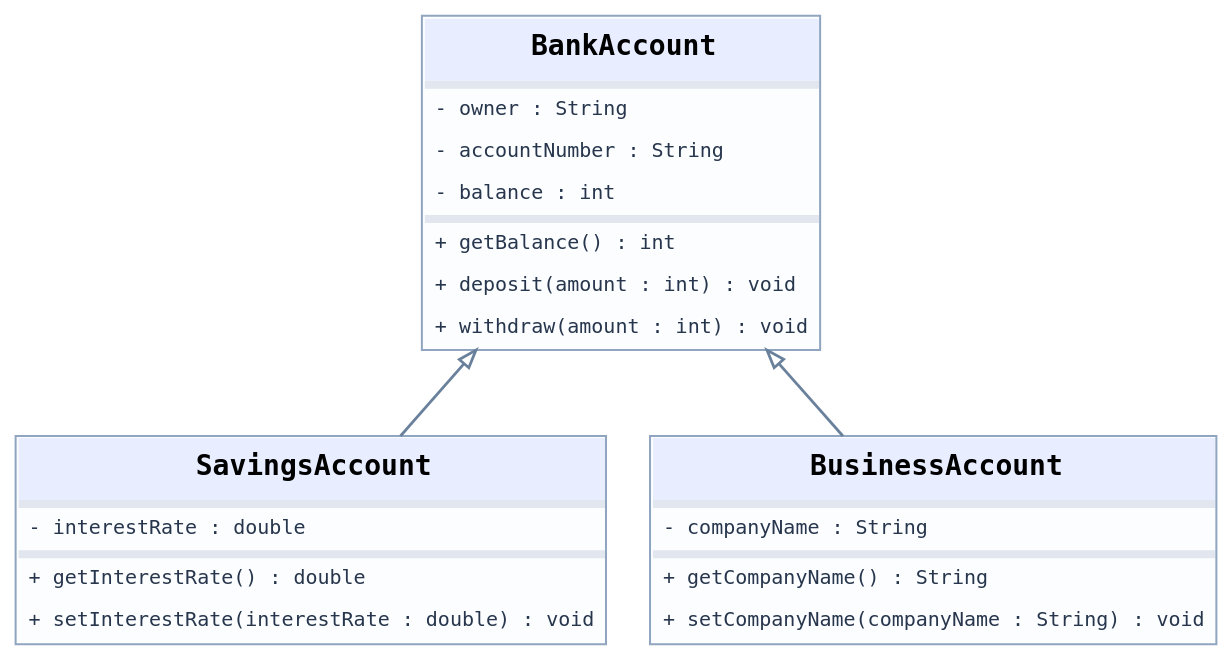
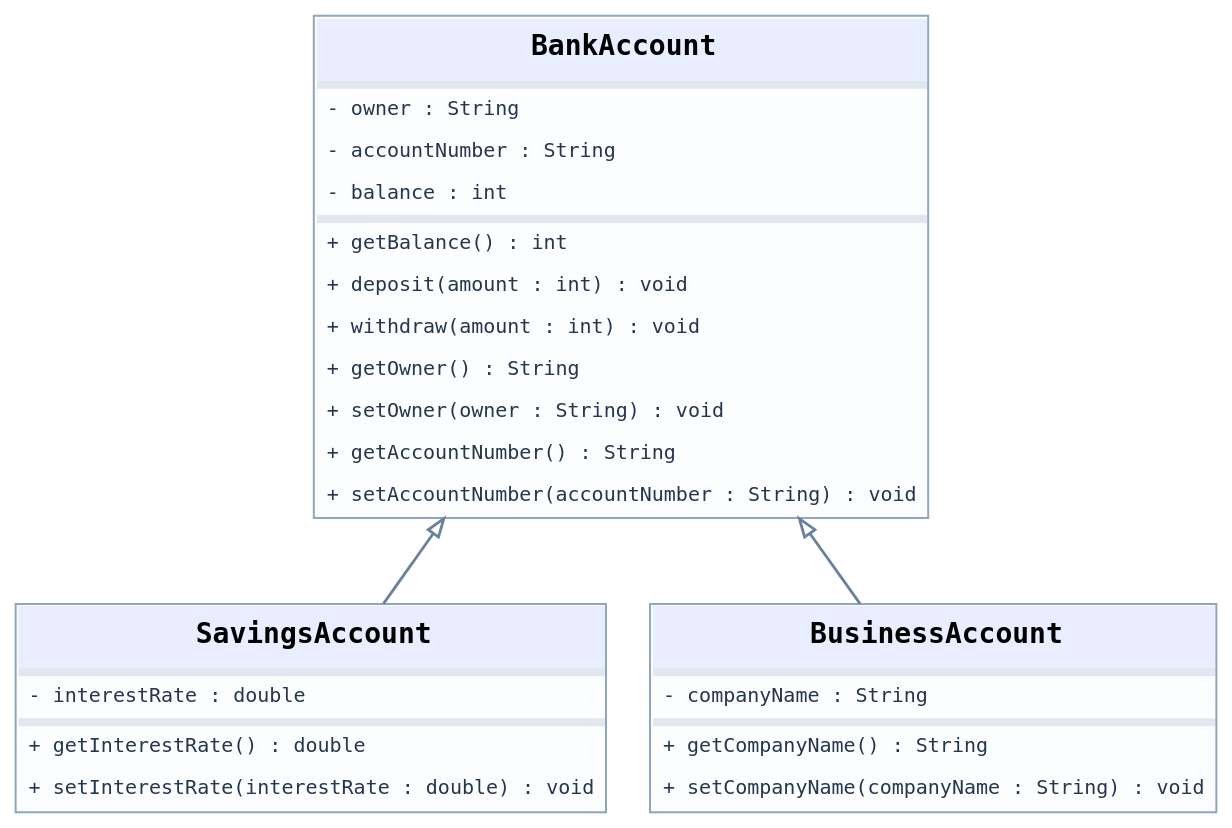
The diagram in content/chapters/06-oroklodes/media/complete-task-4-hu.dot (edetroll/java-oop), drawn with Graphviz before and after one commit. The commit also changed 26 other files, not shown here.

```diff
--- a/content/chapters/06-oroklodes/media/complete-task-4-hu.dot
+++ b/content/chapters/06-oroklodes/media/complete-task-4-hu.dot
@@ -1,10 +1,10 @@
 digraph UML {
 graph [rankdir=BT,bgcolor="transparent",pad="0.15",nodesep="0.3",ranksep="0.6",splines=polyline];
 node [shape=plain];
 edge [color="#6a819c",penwidth=1.4,arrowsize=0.9];
-"BankAccount" [label=<<TABLE BORDER="1" CELLBORDER="0" CELLSPACING="0" COLOR="#90a5c0" BGCOLOR="#fbfdff"><TR><TD BGCOLOR="#e8eeff" CELLPADDING="8"><FONT FACE="DejaVu Sans Mono" POINT-SIZE="14"><B>BankAccount</B></FONT></TD></TR><TR><TD BGCOLOR="#e1e6ef" HEIGHT="2"></TD></TR><TR><TD ALIGN="LEFT" CELLPADDING="5"><FONT FACE="DejaVu Sans Mono" POINT-SIZE="10" COLOR="#27364c">- owner : String</FONT></TD></TR><TR><TD ALIGN="LEFT" CELLPADDING="5"><FONT FACE="DejaVu Sans Mono" POINT-SIZE="10" COLOR="#27364c">- accountNumber : String</FONT></TD></TR><TR><TD ALIGN="LEFT" CELLPADDING="5"><FONT FACE="DejaVu Sans Mono" POINT-SIZE="10" COLOR="#27364c">- balance : int</FONT></TD></TR><TR><TD BGCOLOR="#e1e6ef" HEIGHT="2"></TD></TR><TR><TD ALIGN="LEFT" CELLPADDING="5"><FONT FACE="DejaVu Sans Mono" POINT-SIZE="10" COLOR="#27364c">+ getBalance() : int</FONT></TD></TR><TR><TD ALIGN="LEFT" CELLPADDING="5"><FONT FACE="DejaVu Sans Mono" POINT-SIZE="10" COLOR="#27364c">+ deposit(amount : int) : void</FONT></TD></TR><TR><TD ALIGN="LEFT" CELLPADDING="5"><FONT FACE="DejaVu Sans Mono" POINT-SIZE="10" COLOR="#27364c">+ withdraw(amount : int) : void</FONT></TD></TR></TABLE>>];
+"BankAccount" [label=<<TABLE BORDER="1" CELLBORDER="0" CELLSPACING="0" COLOR="#90a5c0" BGCOLOR="#fbfdff"><TR><TD BGCOLOR="#e8eeff" CELLPADDING="8"><FONT FACE="DejaVu Sans Mono" POINT-SIZE="14"><B>BankAccount</B></FONT></TD></TR><TR><TD BGCOLOR="#e1e6ef" HEIGHT="2"></TD></TR><TR><TD ALIGN="LEFT" CELLPADDING="5"><FONT FACE="DejaVu Sans Mono" POINT-SIZE="10" COLOR="#27364c">- owner : String</FONT></TD></TR><TR><TD ALIGN="LEFT" CELLPADDING="5"><FONT FACE="DejaVu Sans Mono" POINT-SIZE="10" COLOR="#27364c">- accountNumber : String</FONT></TD></TR><TR><TD ALIGN="LEFT" CELLPADDING="5"><FONT FACE="DejaVu Sans Mono" POINT-SIZE="10" COLOR="#27364c">- balance : int</FONT></TD></TR><TR><TD BGCOLOR="#e1e6ef" HEIGHT="2"></TD></TR><TR><TD ALIGN="LEFT" CELLPADDING="5"><FONT FACE="DejaVu Sans Mono" POINT-SIZE="10" COLOR="#27364c">+ getBalance() : int</FONT></TD></TR><TR><TD ALIGN="LEFT" CELLPADDING="5"><FONT FACE="DejaVu Sans Mono" POINT-SIZE="10" COLOR="#27364c">+ deposit(amount : int) : void</FONT></TD></TR><TR><TD ALIGN="LEFT" CELLPADDING="5"><FONT FACE="DejaVu Sans Mono" POINT-SIZE="10" COLOR="#27364c">+ withdraw(amount : int) : void</FONT></TD></TR><TR><TD ALIGN="LEFT" CELLPADDING="5"><FONT FACE="DejaVu Sans Mono" POINT-SIZE="10" COLOR="#27364c">+ getOwner() : String</FONT></TD></TR><TR><TD ALIGN="LEFT" CELLPADDING="5"><FONT FACE="DejaVu Sans Mono" POINT-SIZE="10" COLOR="#27364c">+ setOwner(owner : String) : void</FONT></TD></TR><TR><TD ALIGN="LEFT" CELLPADDING="5"><FONT FACE="DejaVu Sans Mono" POINT-SIZE="10" COLOR="#27364c">+ getAccountNumber() : String</FONT></TD></TR><TR><TD ALIGN="LEFT" CELLPADDING="5"><FONT FACE="DejaVu Sans Mono" POINT-SIZE="10" COLOR="#27364c">+ setAccountNumber(accountNumber : String) : void</FONT></TD></TR></TABLE>>];
 "SavingsAccount" [label=<<TABLE BORDER="1" CELLBORDER="0" CELLSPACING="0" COLOR="#90a5c0" BGCOLOR="#fbfdff"><TR><TD BGCOLOR="#e8eeff" CELLPADDING="8"><FONT FACE="DejaVu Sans Mono" POINT-SIZE="14"><B>SavingsAccount</B></FONT></TD></TR><TR><TD BGCOLOR="#e1e6ef" HEIGHT="2"></TD></TR><TR><TD ALIGN="LEFT" CELLPADDING="5"><FONT FACE="DejaVu Sans Mono" POINT-SIZE="10" COLOR="#27364c">- interestRate : double</FONT></TD></TR><TR><TD BGCOLOR="#e1e6ef" HEIGHT="2"></TD></TR><TR><TD ALIGN="LEFT" CELLPADDING="5"><FONT FACE="DejaVu Sans Mono" POINT-SIZE="10" COLOR="#27364c">+ getInterestRate() : double</FONT></TD></TR><TR><TD ALIGN="LEFT" CELLPADDING="5"><FONT FACE="DejaVu Sans Mono" POINT-SIZE="10" COLOR="#27364c">+ setInterestRate(interestRate : double) : void</FONT></TD></TR></TABLE>>];
 "BusinessAccount" [label=<<TABLE BORDER="1" CELLBORDER="0" CELLSPACING="0" COLOR="#90a5c0" BGCOLOR="#fbfdff"><TR><TD BGCOLOR="#e8eeff" CELLPADDING="8"><FONT FACE="DejaVu Sans Mono" POINT-SIZE="14"><B>BusinessAccount</B></FONT></TD></TR><TR><TD BGCOLOR="#e1e6ef" HEIGHT="2"></TD></TR><TR><TD ALIGN="LEFT" CELLPADDING="5"><FONT FACE="DejaVu Sans Mono" POINT-SIZE="10" COLOR="#27364c">- companyName : String</FONT></TD></TR><TR><TD BGCOLOR="#e1e6ef" HEIGHT="2"></TD></TR><TR><TD ALIGN="LEFT" CELLPADDING="5"><FONT FACE="DejaVu Sans Mono" POINT-SIZE="10" COLOR="#27364c">+ getCompanyName() : String</FONT></TD></TR><TR><TD ALIGN="LEFT" CELLPADDING="5"><FONT FACE="DejaVu Sans Mono" POINT-SIZE="10" COLOR="#27364c">+ setCompanyName(companyName : String) : void</FONT></TD></TR></TABLE>>];
 "SavingsAccount" -> "BankAccount" [arrowhead=empty];
 "BusinessAccount" -> "BankAccount" [arrowhead=empty];
 }
```
